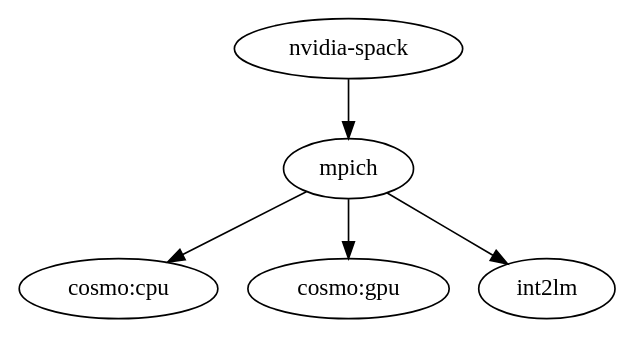
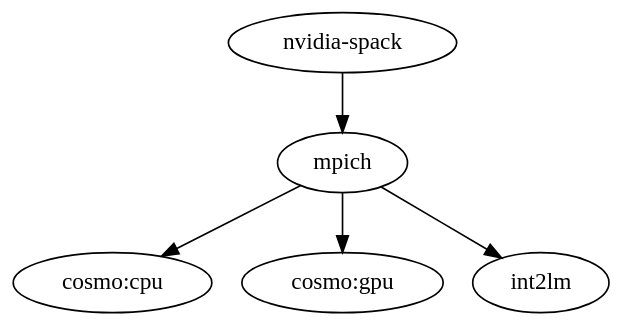
One commit to leclairm/container changed the diagram in docs/ImageStructure.rst. Above: the diagram before and after it, drawn with Graphviz.

Commit message:
DOC: make graph transparent

```diff
--- a/docs/ImageStructure.rst
+++ b/docs/ImageStructure.rst
@@ -50,6 +50,7 @@
 .. digraph:: TD
 
+   bgcolor="transparent"
    "nvidia-spack" -> "mpich";
    "mpich" -> "cosmo:cpu";
    "mpich" -> "cosmo:gpu";
    "mpich" -> "int2lm";
```
